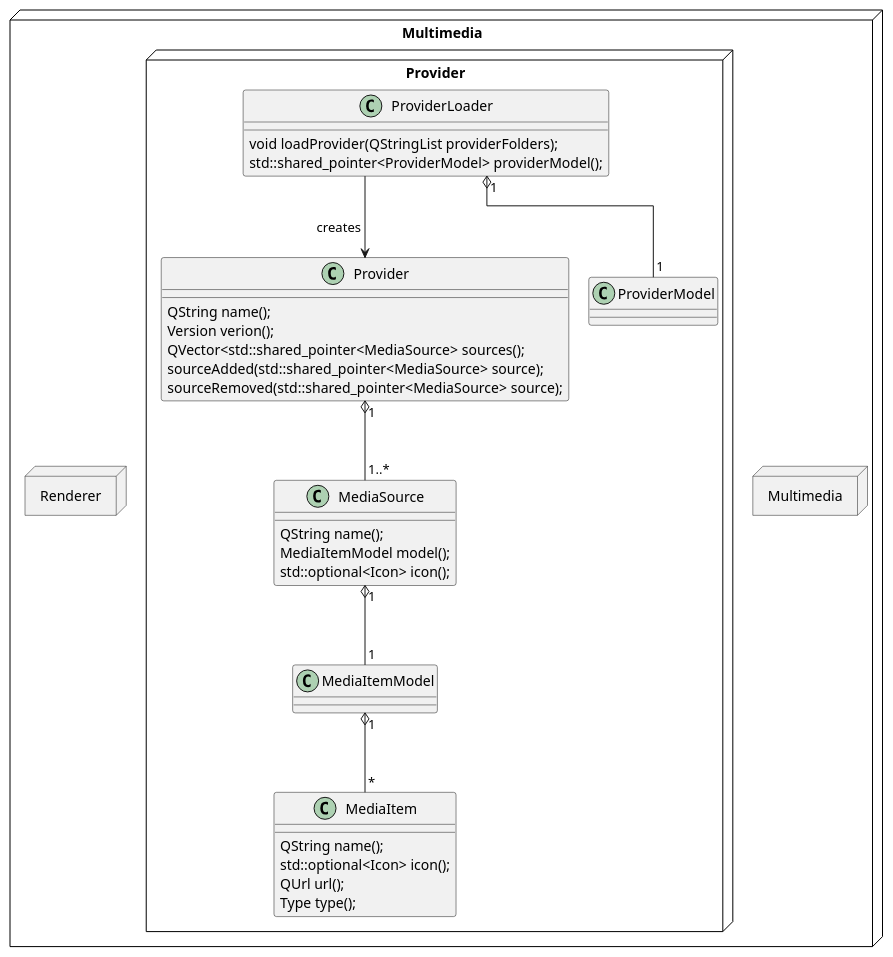
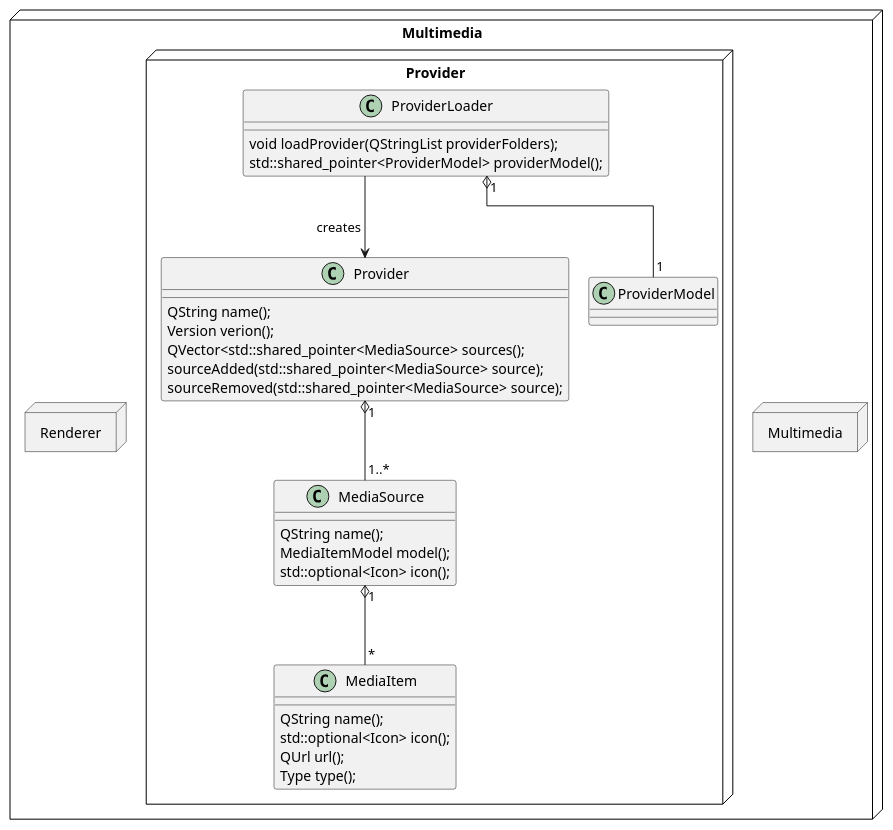
Before and after one commit to mFlorianW/blabby: the second of 2 diagrams in docs/pages/Architecture.md, drawn with PlantUML. The commit also changed other lines of this file and 7 other files, not shown here.

Commit message:
multimedia: Introduce MediaSource base class

```diff
--- a/docs/pages/Architecture.md
+++ b/docs/pages/Architecture.md
@@ -54,53 +54,51 @@
 @startuml Provider Module
 !pragma layout elk
 node "Multimedia"{
     node "Provider"{
         interface Provider
         class ProviderLoader
         class MediaSource
         class MediaItem 
-        class MediaItemModel
         class ProviderModel
 
         class ProviderLoader {
             void loadProvider(QStringList providerFolders);
             std::shared_pointer<ProviderModel> providerModel();
         }
 
         class Provider {
             QString name();
             Version verion();
             QVector<std::shared_pointer<MediaSource> sources();
             sourceAdded(std::shared_pointer<MediaSource> source);
             sourceRemoved(std::shared_pointer<MediaSource> source);
         }
 
         class MediaSource{
             QString name();
             MediaItemModel model();
             std::optional<Icon> icon();
         }
 
         class MediaItem{
             QString name();
             std::optional<Icon> icon();
             QUrl url();
             Type type();
         }
 
         ProviderLoader --> Provider : creates
         ProviderLoader "1" o-- "1" ProviderModel 
         Provider "1" o-- "1..*" MediaSource
-        MediaSource "1" o-- "1" MediaItemModel
-        MediaItemModel "1" o-- "*" MediaItem
+        MediaSource "1" o-- "*" MediaItem
     }
 
     node Multimedia {
 
     }
 
     node Renderer {
 
     }
 }
 @enduml
```
